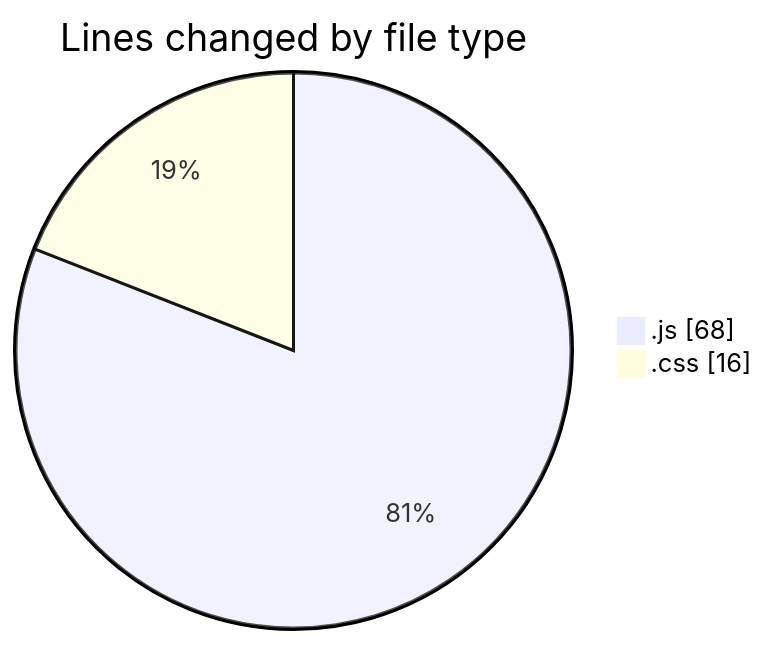
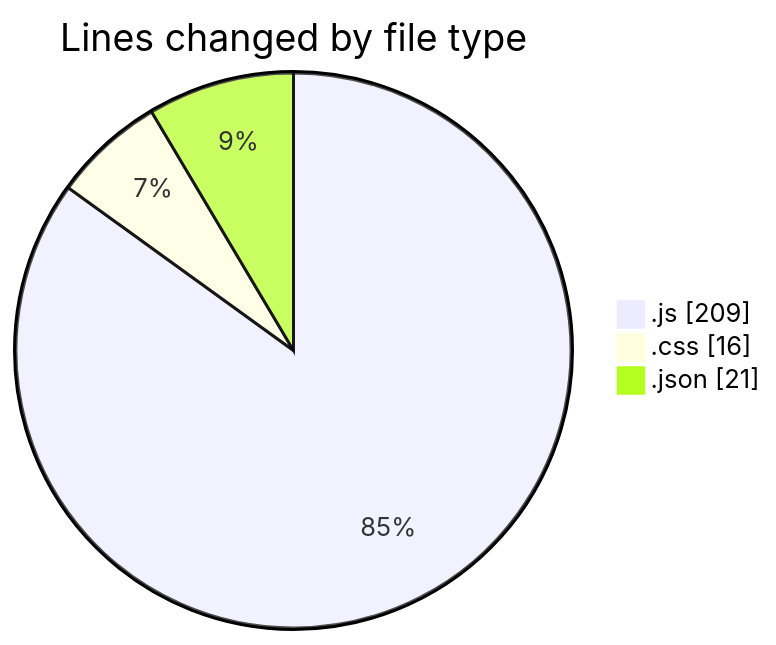
One commit to lephambinh05/code-tracking changed the first of 2 diagrams in 2025-09-17/quytuthien_vn/README.md. Above: the diagram before and after it, drawn with Mermaid. The commit also changed other lines of this file and 1 other file, not shown here.

````diff
--- a/2025-09-17/quytuthien_vn/README.md
+++ b/2025-09-17/quytuthien_vn/README.md
@@ -22,6 +25,7 @@
 ```mermaid
 pie showData
 title Lines changed by file type
-".js" : 68
+".js" : 209
 ".css" : 16
+".json" : 21
 ```
````
